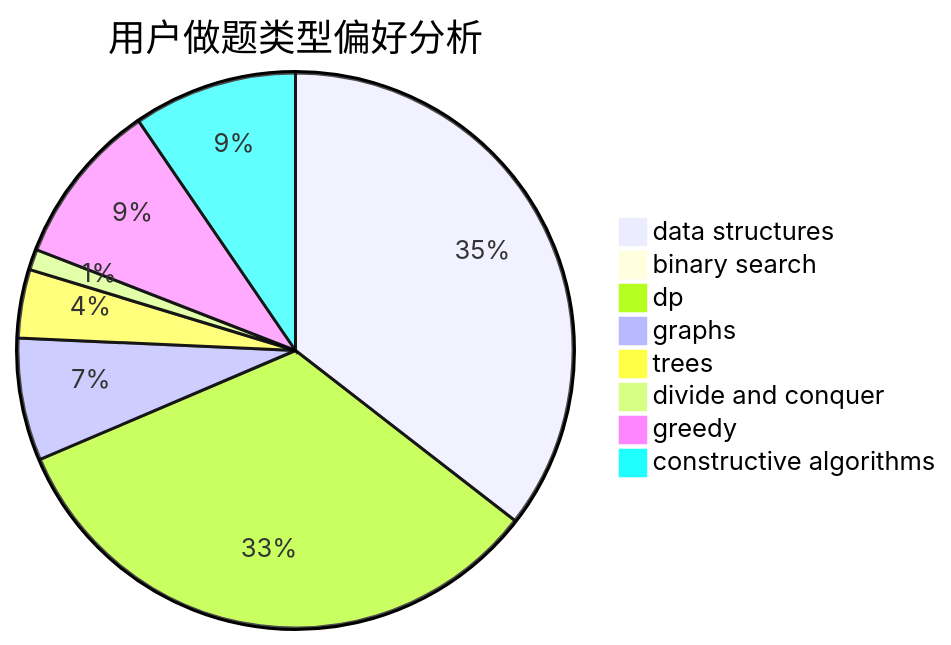
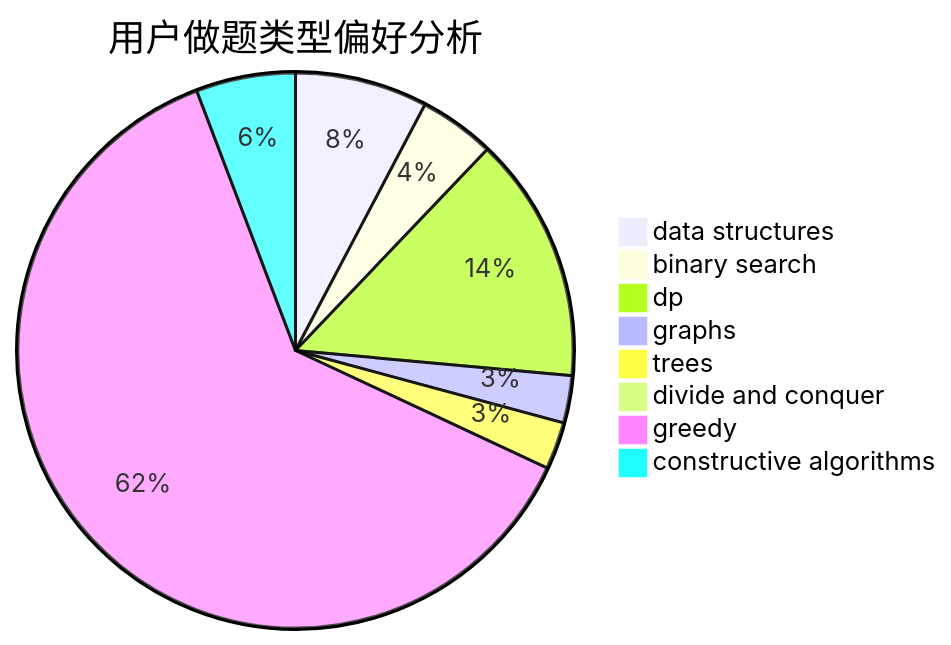
The second of 3 diagrams in docs/user/u1970.md (sherpahu/cfrs.github.io), drawn with Mermaid before and after one commit. The commit also changed other lines of this file and 2770 other files, not shown here.

````diff
--- a/docs/user/u1970.md
+++ b/docs/user/u1970.md
@@ -23,11 +23,11 @@
 ```mermaid
 pie title 用户做题类型偏好分析
-    "data structures" :  383
-    "binary search" :  9
-    "dp" :  357
-    "graphs" :  77
-    "trees" :  43
-    "divide and conquer" :  13
-    "greedy" :  103
-    "constructive algorithms" :  103
+    "data structures" :  28
+    "binary search" :  16
+    "dp" :  52
+    "graphs" :  10
+    "trees" :  10
+    "divide and conquer" :  0
+    "greedy" :  226
+    "constructive algorithms" :  21
 ```
````
